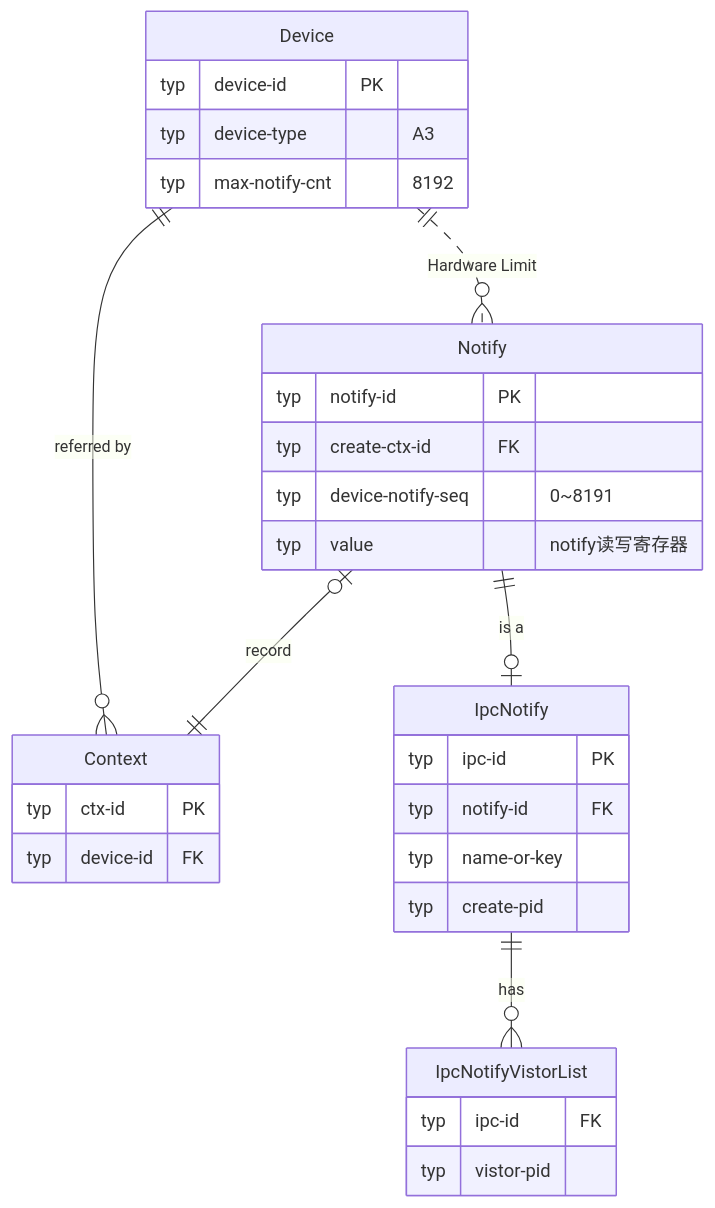
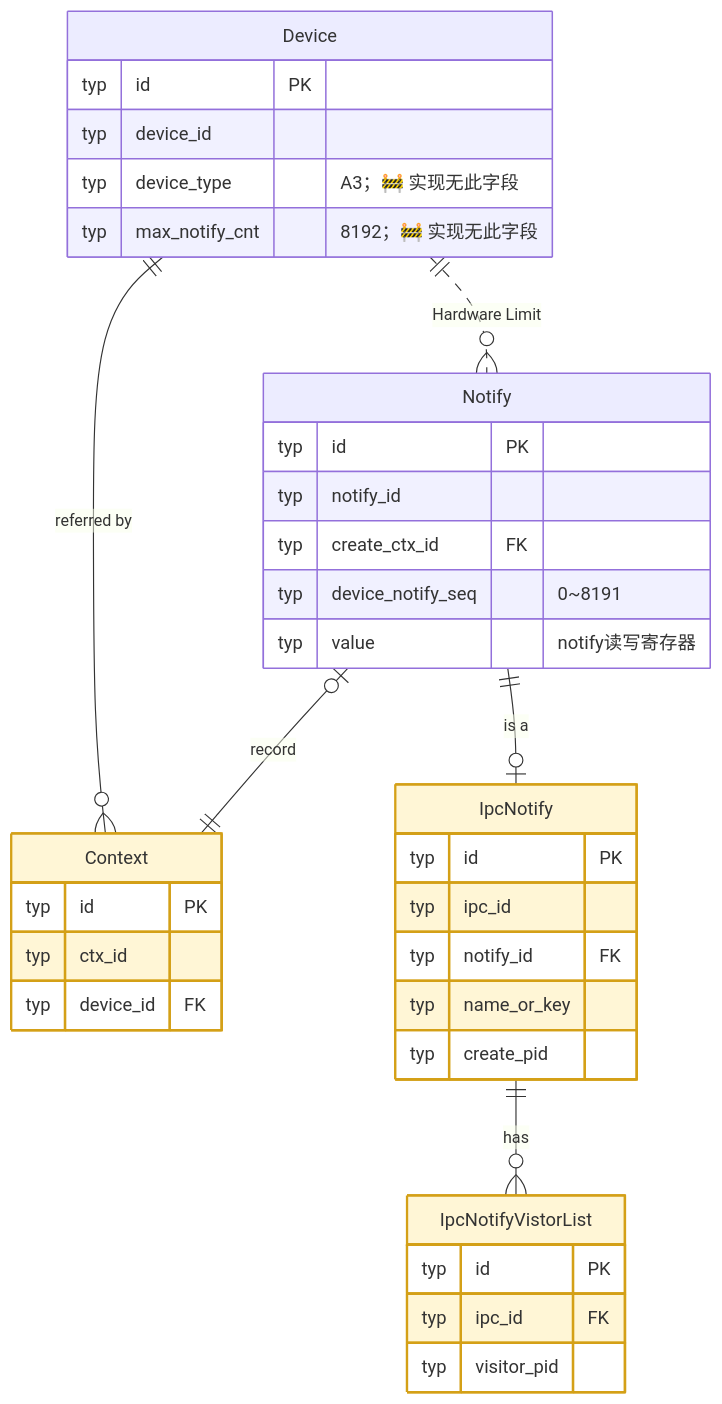
One commit to Fengfengst123/hcomm-mirror changed the eighth of 19 diagrams in test/hccl_vm/docs/simulator_runner_data_model.md. Above: the diagram before and after it, drawn with Mermaid. The commit also changed other lines of this file and 701 other files, not shown here.

````diff
--- a/test/hccl_vm/docs/simulator_runner_data_model.md
+++ b/test/hccl_vm/docs/simulator_runner_data_model.md
@@ -567,36 +717,46 @@
 ```mermaid
 erDiagram
+    %% 🧠 可进程私有：Context / IpcNotify / IpcNotifyVistorList（仅 src/proxy 访问）
     Device ||..o{ Notify : "Hardware Limit"
     Device ||--o{ Context : "referred by"
     Device {
-        typ device-id PK
-        typ device-type "A3"
-        typ max-notify-cnt "8192"
+        typ id PK
+        typ device_id
+        typ device_type "A3；🚧 实现无此字段"
+        typ max_notify_cnt "8192；🚧 实现无此字段"
     }
     Context {
-        typ ctx-id PK
-        typ device-id FK
+        typ id PK
+        typ ctx_id
+        typ device_id FK
     }
 
-    Notify ||--o| IpcNotify : "is a"
+    %% IpcNotify：与 Notify 同源的 IPC 共享通知，实现未单独建模
     Notify o|--|| Context : "record"
     Notify {
-        typ notify-id PK
-        typ create-ctx-id FK
-        typ device-notify-seq "0~8191"
+        typ id PK
+        typ notify_id
+        typ create_ctx_id FK
+        typ device_notify_seq "0~8191"
         typ value "notify读写寄存器"
     }
 
     IpcNotify {
-        typ ipc-id PK
-        typ notify-id FK
-        typ name-or-key
-        typ create-pid
+        typ id PK
+        typ ipc_id
+        typ notify_id FK
+        typ name_or_key
+        typ create_pid
     }
 
+    Notify ||--o| IpcNotify : "is a"
     IpcNotify ||--o{ IpcNotifyVistorList : "has"
     IpcNotifyVistorList {
-        typ ipc-id FK
-        typ vistor-pid
+        typ id PK
+        typ ipc_id FK
+        typ visitor_pid
     }
+
+    classDef inproc fill:#fff6d6,stroke:#d4a017,stroke-width:2px
+    class Context,IpcNotify,IpcNotifyVistorList inproc
 ```
````
